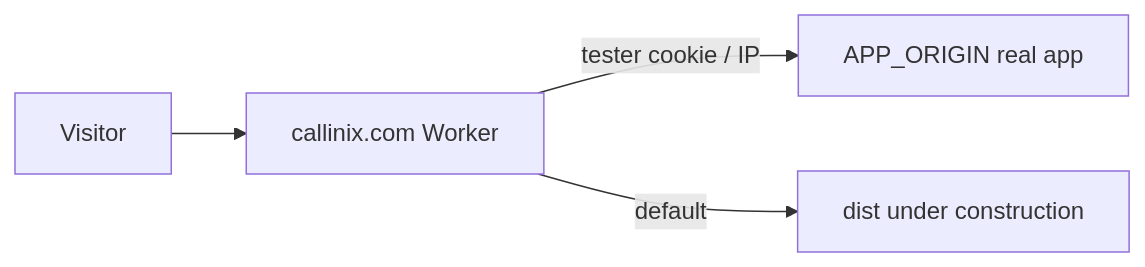
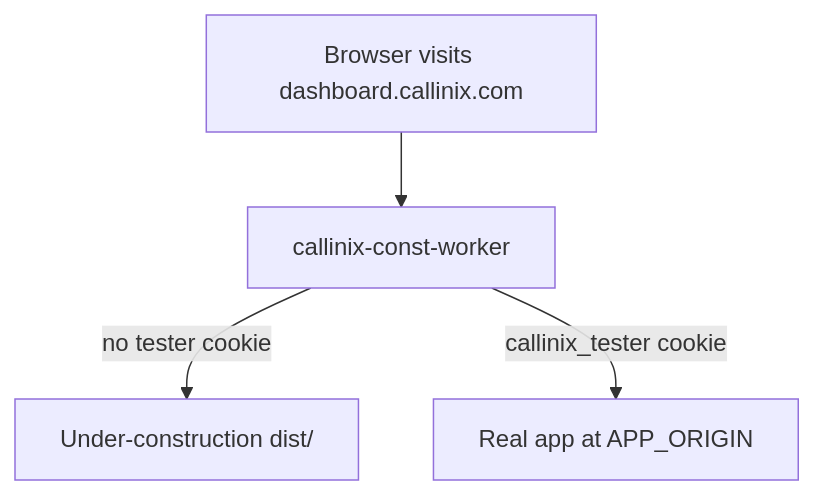
The diagram in DEPLOY.md (awunjia/callinix-const), drawn with Mermaid before and after one commit. The commit also changed other lines of this file and 1 other file, not shown here.

First line of the commit message:
Document dashboard.callinix.com routing and set preview cookie domain.

````diff
--- a/DEPLOY.md
+++ b/DEPLOY.md
@@ -106,6 +65,11 @@
 ```mermaid
-flowchart LR
-  User[Visitor] --> CF[callinix.com Worker]
-  CF -->|tester cookie / IP| App[APP_ORIGIN real app]
-  CF -->|default| Static[dist under construction]
+flowchart TD
+  Browser[Browser visits dashboard.callinix.com]
+  Worker[callinix-const-worker]
+  Static[Under-construction dist/]
+  App[Real app at APP_ORIGIN]
+
+  Browser --> Worker
+  Worker -->|no tester cookie| Static
+  Worker -->|callinix_tester cookie| App
 ```
````
